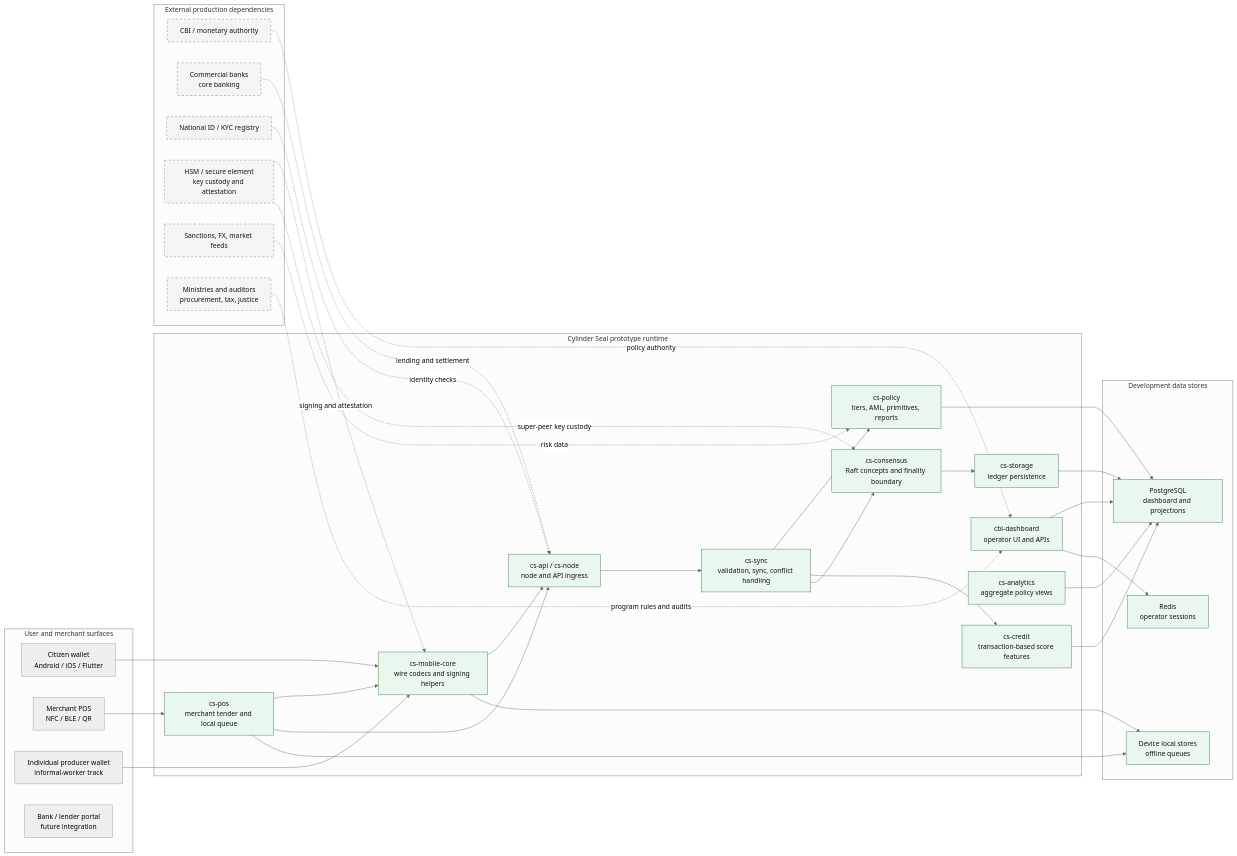
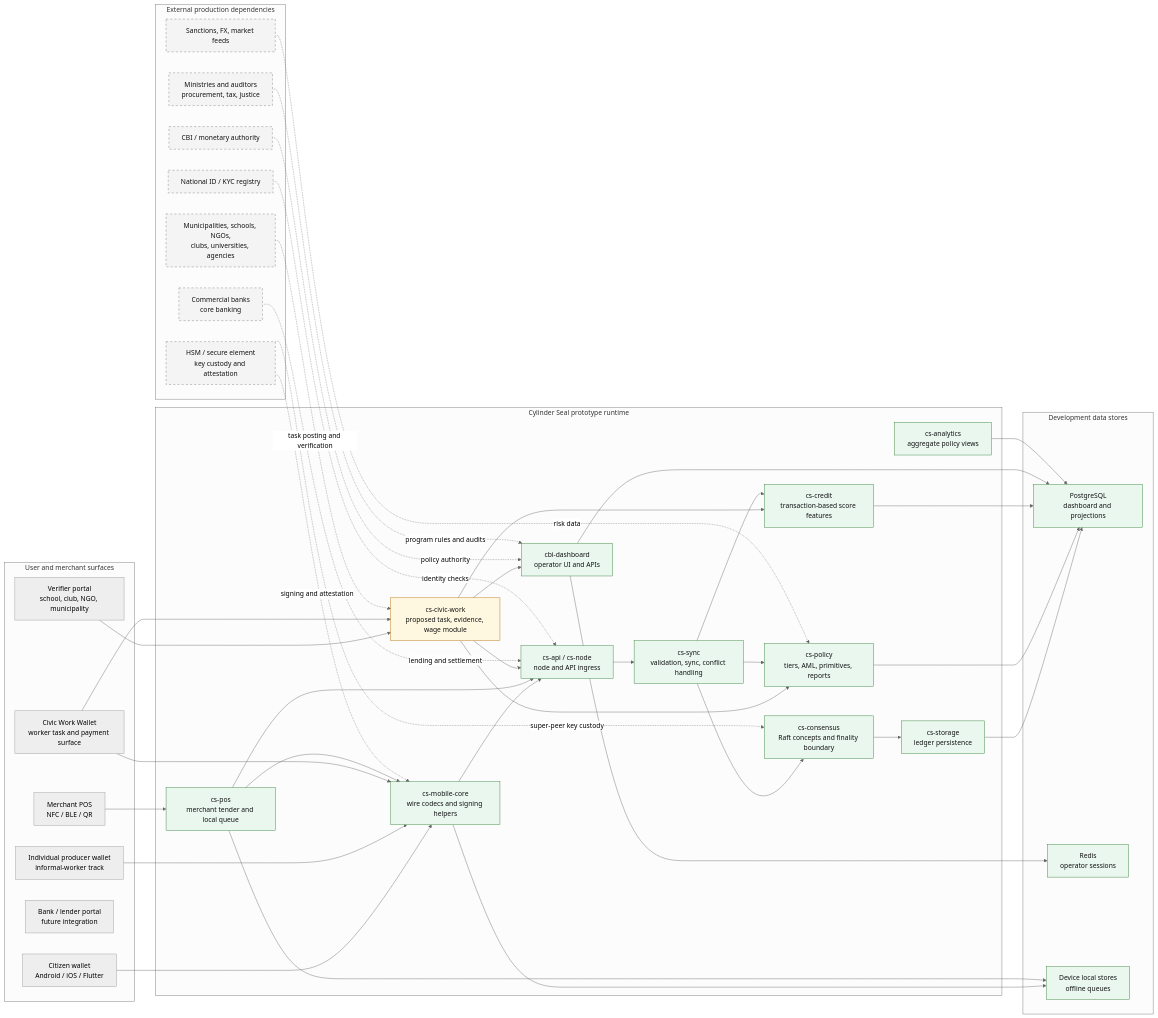
One commit to modernecotech/cylinder_seal changed the first of 16 diagrams in docs/system-and-financial-flow-diagrams.md. Above: the diagram before and after it, drawn with Mermaid (neutral theme). The commit also changed other lines of this file and 6 other files, not shown here.

````diff
--- a/docs/system-and-financial-flow-diagrams.md
+++ b/docs/system-and-financial-flow-diagrams.md
@@ -67,7 +71,9 @@
         Citizen["Citizen wallet<br/>Android / iOS / Flutter"]
         Merchant["Merchant POS<br/>NFC / BLE / QR"]
         IP["Individual producer wallet<br/>informal-worker track"]
+        CivicWorker["Civic Work Wallet<br/>worker task and payment surface"]
         BankUser["Bank / lender portal<br/>future integration"]
+        CivicVerifier["Verifier portal<br/>school, club, NGO, municipality"]
     end
 
     subgraph Runtime["Cylinder Seal prototype runtime"]
@@ -78,6 +84,7 @@
         Consensus["cs-consensus<br/>Raft concepts and finality boundary"]
         Policy["cs-policy<br/>tiers, AML, primitives, reports"]
         Credit["cs-credit<br/>transaction-based score features"]
+        CivicWork["cs-civic-work<br/>proposed task, evidence, wage module"]
         Storage["cs-storage<br/>ledger persistence"]
         Dashboard["cbi-dashboard<br/>operator UI and APIs"]
         Analytics["cs-analytics<br/>aggregate policy views"]
@@ -96,14 +103,22 @@
         HSM["HSM / secure element<br/>key custody and attestation"]
         Feeds["Sanctions, FX, market feeds"]
         Ministries["Ministries and auditors<br/>procurement, tax, justice"]
+        CivicInstitutions["Municipalities, schools, NGOs,<br/>clubs, universities, agencies"]
     end
 
     Citizen --> MobileCore
     IP --> MobileCore
+    CivicWorker --> MobileCore
     Merchant --> POS
     POS --> MobileCore
     MobileCore --> API
     POS --> API
+    CivicVerifier --> CivicWork
+    CivicWorker --> CivicWork
+    CivicWork --> API
+    CivicWork --> Policy
+    CivicWork --> Credit
+    CivicWork --> Dashboard
     API --> Sync
     Sync --> Policy
     Sync --> Credit
@@ -125,10 +140,12 @@
     HSM -. super-peer key custody .-> Consensus
     Feeds -. risk data .-> Policy
     Ministries -. program rules and audits .-> Dashboard
+    CivicInstitutions -. task posting and verification .-> CivicWork
 
     classDef prototype fill:#e9f7ef,stroke:#2f7d32,color:#111;
     classDef partial fill:#fff8e1,stroke:#b26a00,color:#111;
     classDef external fill:#f4f4f4,stroke:#777,stroke-dasharray: 5 5,color:#111;
     class MobileCore,POS,API,Sync,Consensus,Policy,Credit,Storage,Dashboard,Analytics,Postgres,Redis,LocalStores prototype;
-    class CBI,Banks,KYC,HSM,Feeds,Ministries external;
+    class CivicWork partial;
+    class CBI,Banks,KYC,HSM,Feeds,Ministries,CivicInstitutions external;
 ```
````
